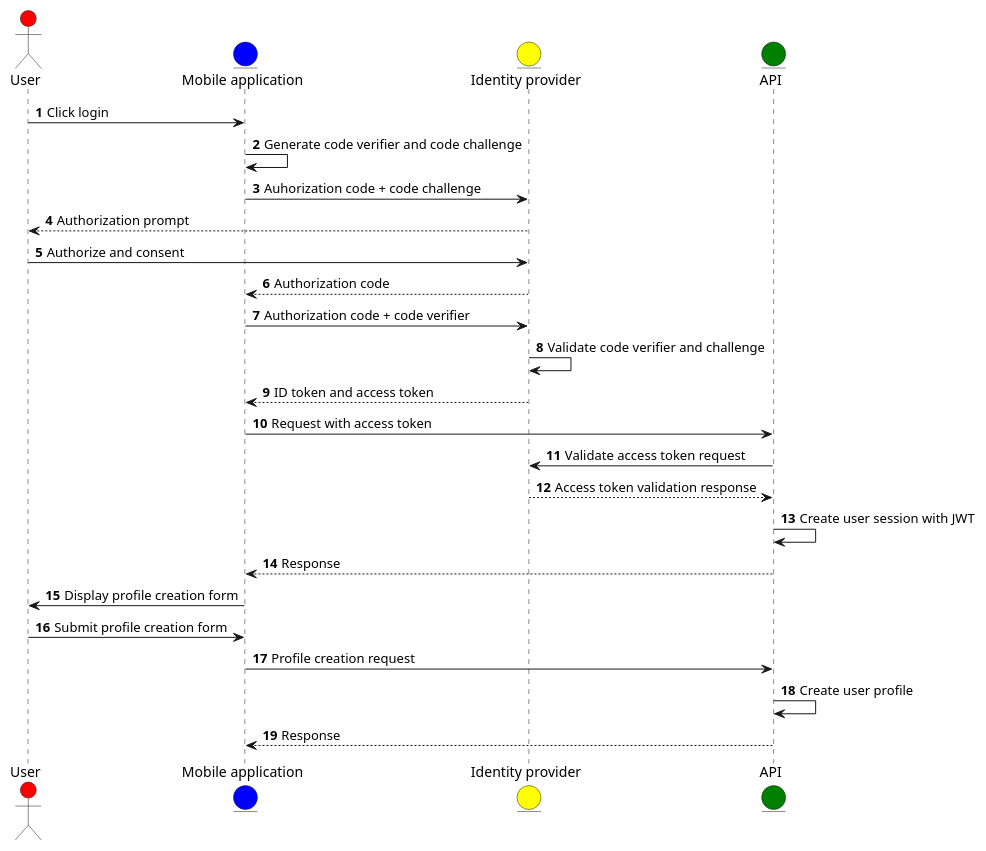
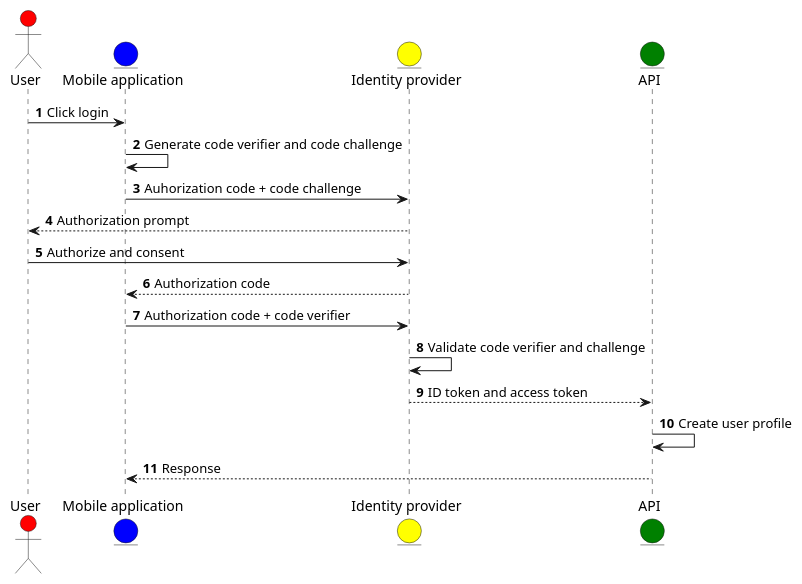
The diagram in docs/auth.plantuml (MotorMingle/API), drawn with PlantUML before and after one commit.

```diff
--- a/docs/auth.plantuml
+++ b/docs/auth.plantuml
@@ -1,29 +1,21 @@
 @startuml
 
 autonumber
 
 actor "User" #red
 entity "Mobile application" #blue
 entity "Identity provider" #yellow
 entity "API" #green
 
 "User" -> "Mobile application": Click login
 "Mobile application" -> "Mobile application": Generate code verifier and code challenge
 "Mobile application" -> "Identity provider": Auhorization code + code challenge
 "Identity provider" --> "User": Authorization prompt
 "User" -> "Identity provider": Authorize and consent
 "Identity provider" --> "Mobile application": Authorization code
 "Mobile application" -> "Identity provider": Authorization code + code verifier
 "Identity provider" -> "Identity provider": Validate code verifier and challenge
-"Identity provider" --> "Mobile application": ID token and access token
-"Mobile application" -> "API": Request with access token
-"API" -> "Identity provider": Validate access token request
-"Identity provider" --> "API": Access token validation response
-"API" -> "API": Create user session with JWT
-"API" --> "Mobile application": Response
-"Mobile application" -> "User": Display profile creation form
-"User" -> "Mobile application": Submit profile creation form
-"Mobile application" -> "API": Profile creation request
+"Identity provider" --> "API": ID token and access token
 "API" -> "API": Create user profile
 "API" --> "Mobile application": Response
 @enduml
```
